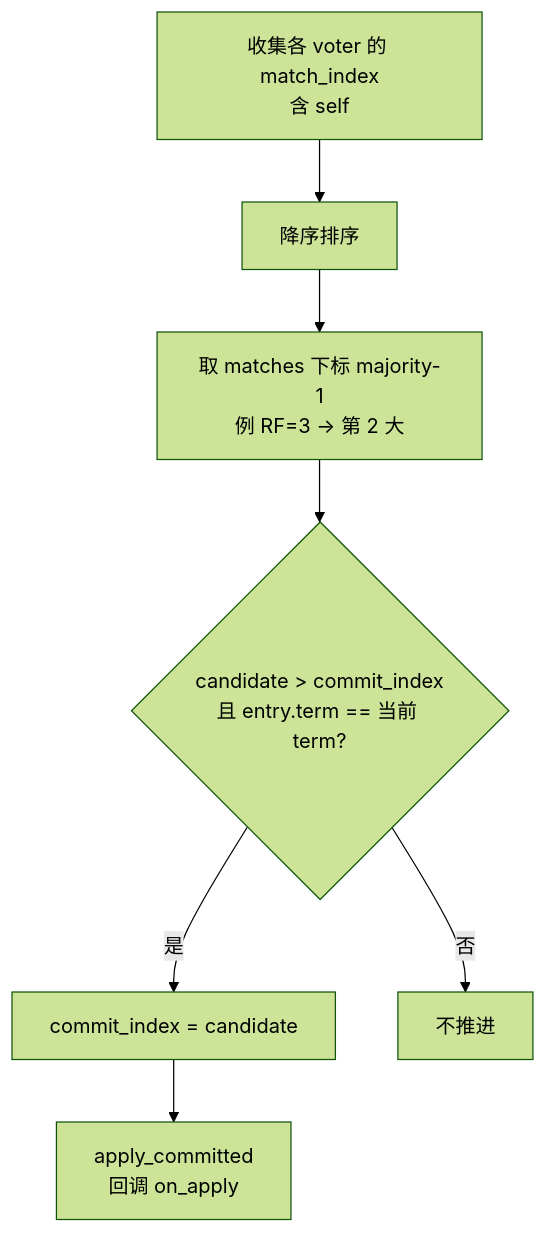
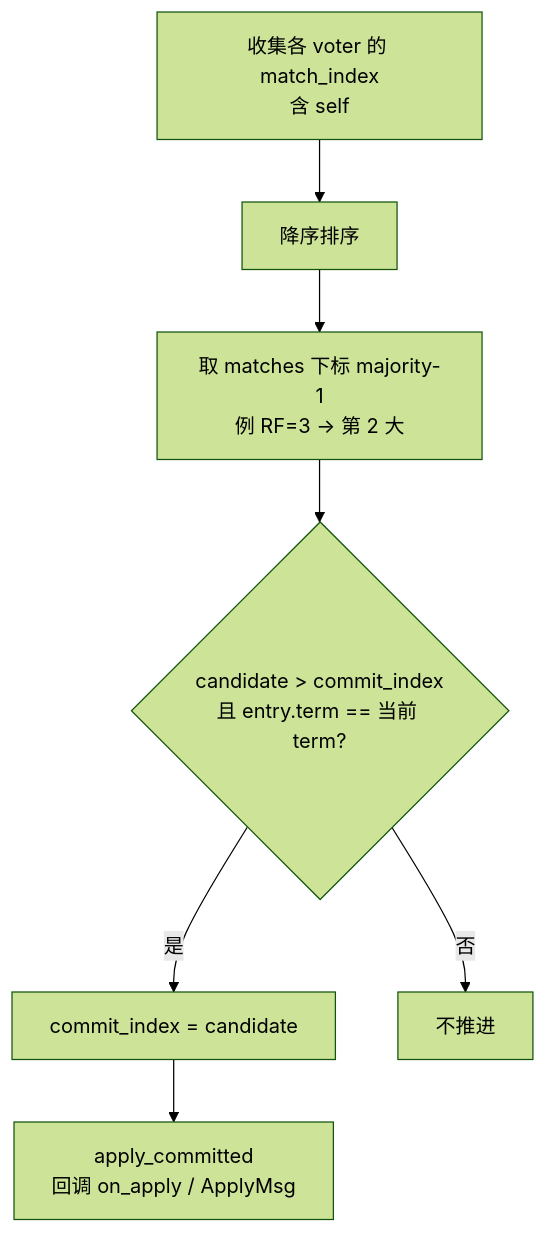
One commit to devotionalist/openkv changed the fifth of 7 diagrams in docs/flows/06-raft-election-commit.md. Above: the diagram before and after it, drawn with Mermaid (forest theme). The commit also changed other lines of this file and 37 other files, not shown here.

````diff
--- a/docs/flows/06-raft-election-commit.md
+++ b/docs/flows/06-raft-election-commit.md
@@ -36,9 +161,9 @@
 ```mermaid
 flowchart TD
   A[收集各 voter 的 match_index<br/>含 self] --> B[降序排序]
   B --> C[取 matches 下标 majority-1<br/>例 RF=3 → 第 2 大]
   C --> D{candidate &gt; commit_index<br/>且 entry.term == 当前 term?}
   D -->|是| E[commit_index = candidate]
   D -->|否| F[不推进]
-  E --> G[apply_committed<br/>回调 on_apply]
+  E --> G[apply_committed<br/>回调 on_apply / ApplyMsg]
 ```
````
